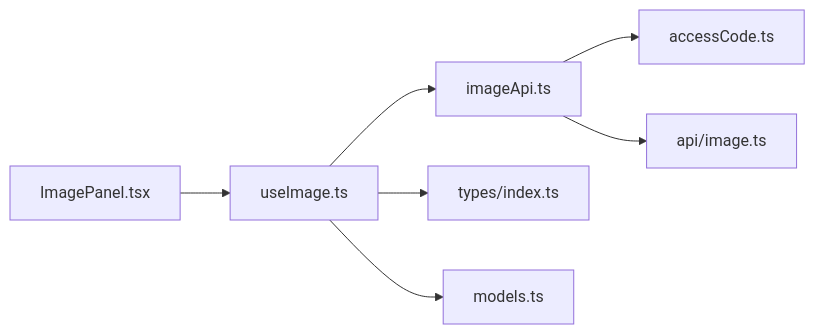
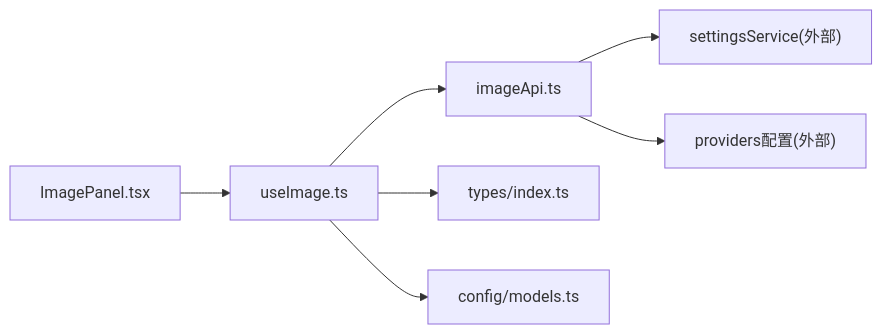
One commit to billye220670/AIShop changed the fifth of 5 diagrams in .qoder/repowiki/zh/content/图像生成功能/图像状态管理.md. Above: the diagram before and after it, drawn with Mermaid. The commit also changed other lines of this file and 135 other files, not shown here.

````diff
--- a/.qoder/repowiki/zh/content/图像生成功能/图像状态管理.md
+++ b/.qoder/repowiki/zh/content/图像生成功能/图像状态管理.md
@@ -279,9 +212,9 @@
 ```mermaid
 graph LR
-IP["ImagePanel.tsx"] --> UIH["useImage.ts"]
-UIH --> IA["imageApi.ts"]
-IA --> AC["accessCode.ts"]
-IA --> APIIMG["api/image.ts"]
-UIH --> TYPES["types/index.ts"]
-UIH --> MODELS["models.ts"]
+ImagePanel["ImagePanel.tsx"] --> useImage["useImage.ts"]
+useImage --> imageApi["imageApi.ts"]
+useImage --> types["types/index.ts"]
+useImage --> modelsCfg["config/models.ts"]
+imageApi --> settings["settingsService(外部)"]
+imageApi --> providersCfg["providers配置(外部)"]
 ```
````
